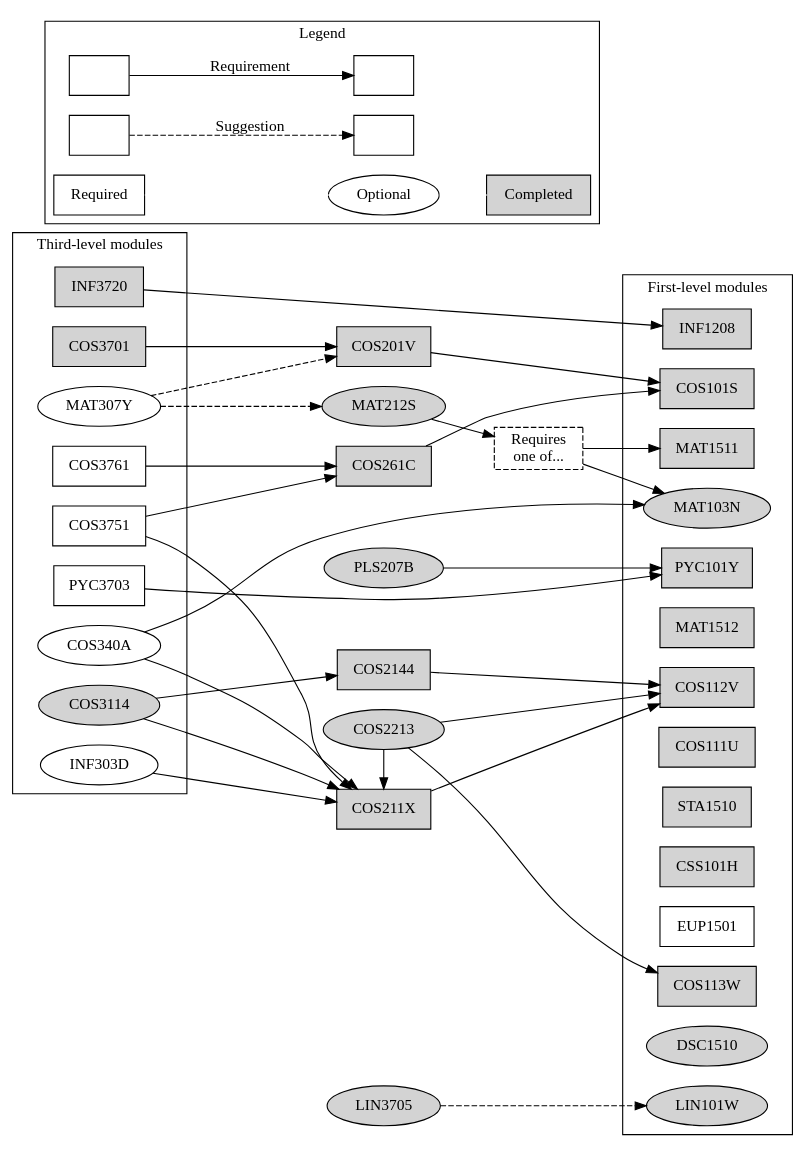
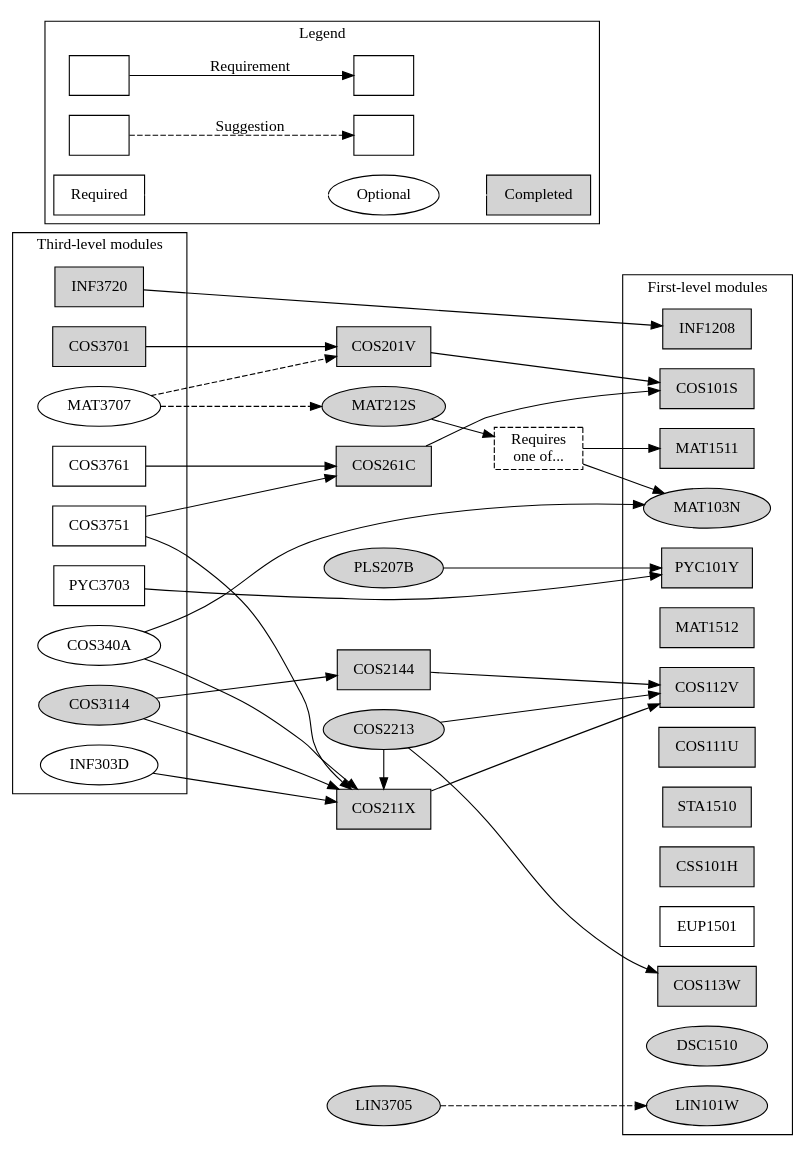
Before and after one commit to apauley/unisa-module-graph: the diagram in ComputationalIntelligence.dot, drawn with Graphviz. The commit also changed 1 other file, not shown here.

Commit message:
Rename Combinatorics 3 to MAT3707

```diff
--- a/ComputationalIntelligence.dot
+++ b/ComputationalIntelligence.dot
@@ -1,87 +1,87 @@
 digraph ComputationalIntelligence {
     node [shape=box];
     rankdir=LR;
 
     subgraph cluster3 {
         label = "Third-level modules";
 
         {rank=same;
         COS3701 [style=filled]
         INF3720 [style=filled]
         COS3751
         COS3761
         PYC3703}
 
         {rank=same; node [shape=ellipse];
         COS3114 [style=filled]
-        MAT307Y COS340A
+        MAT3707 COS340A
         INF303D}
     }
 
     {rank=same; node [style=filled];
     COS201V COS211X COS261C COS2144}
 
     {rank=same; node [style=filled]; node [shape=ellipse];
     PLS207B MAT212S COS2213 LIN3705}
 
     MAT103OR151 [label="Requires\none of...", style=dashed];
 
     subgraph cluster1 {
         label = "First-level modules";
 
         {rank=same;
         {node [style=filled];
               COS101S COS112V COS113W INF1208 MAT1511 MAT1512
               PYC101Y COS111U STA1510 CSS101H}
         EUP1501}
 
         {rank=same; node [shape=ellipse];
             {node [style=filled];
                 MAT103N DSC1510 LIN101W}}
     }
 
 
     subgraph cluster0 {
         rankdir=LR;
         label = "Legend";
 
         Module1 [label=""];
         Module2 [label=""];
         Module3 [label=""];
         Module4 [label=""];
         Module2 -> Module1 [label="Requirement"]
         Module4 -> Module3 [label="Suggestion", style=dashed]
 
         Required;
         Completed [style=filled];
         Optional [shape=ellipse];
         Required -> Optional [color=white];
         Optional -> Completed [color=white];
     }
 
 
     COS3701 -> {COS201V}
     INF3720 -> {INF1208}
     COS3751 -> {COS211X COS261C}
     COS3761 -> {COS261C}
     PYC3703 -> {PYC101Y}
 
     COS3114 -> {COS211X COS2144}
-    MAT307Y -> {MAT212S COS201V} [style=dashed]
+    MAT3707 -> {MAT212S COS201V} [style=dashed]
     INF303D -> {COS211X}
     COS340A -> {COS211X MAT103N}
 
 
     COS201V -> {COS101S}
     COS211X -> {COS112V}
     COS261C -> {COS101S}
     COS2144 -> {COS112V}
 
     {rank=same; COS2213 COS211X}
     COS2213 -> {COS112V COS113W}
     COS2213 -> {COS211X}
     MAT212S -> {MAT103OR151}
     MAT103OR151 -> {MAT103N MAT1511}
     LIN3705 -> {LIN101W} [style=dashed]
     PLS207B -> {PYC101Y}
 }
```
